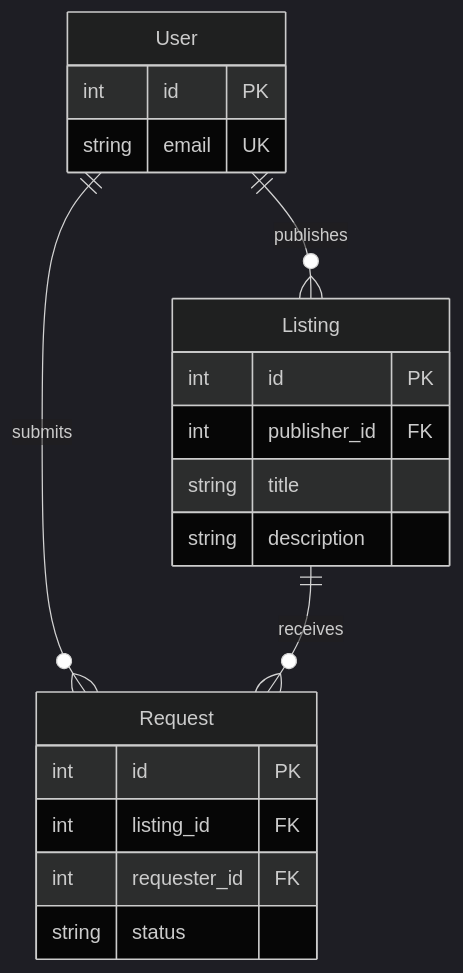
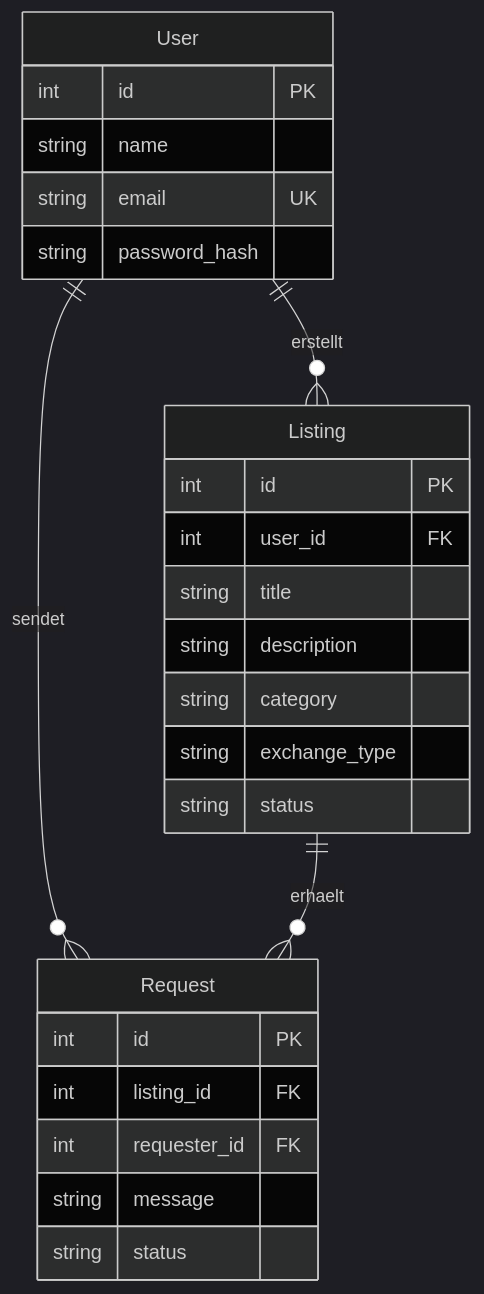
The diagram in docs/02-data-model.md (leonita7/webapp), drawn with Mermaid (dark theme) before and after one commit. The commit also changed other lines of this file, not shown here.

````diff
--- a/docs/02-data-model.md
+++ b/docs/02-data-model.md
@@ -15,28 +17,33 @@
 ```mermaid
 erDiagram
     direction TB
 
-    User ||--o{ Listing : publishes
-    User ||--o{ Request : submits
-    Listing ||--o{ Request : receives
+    User ||--o{ Listing : erstellt
+    User ||--o{ Request : sendet
+    Listing ||--o{ Request : erhaelt
 
     User {
         int id PK
+        string name
         string email UK
+        string password_hash
     }
 
     Listing {
         int id PK
-        int publisher_id FK
+        int user_id FK
         string title
         string description
+        string category
+        string exchange_type
+        string status
     }
 
     Request {
         int id PK
         int listing_id FK
         int requester_id FK
+        string message
         string status
     }
-
 ```
````
